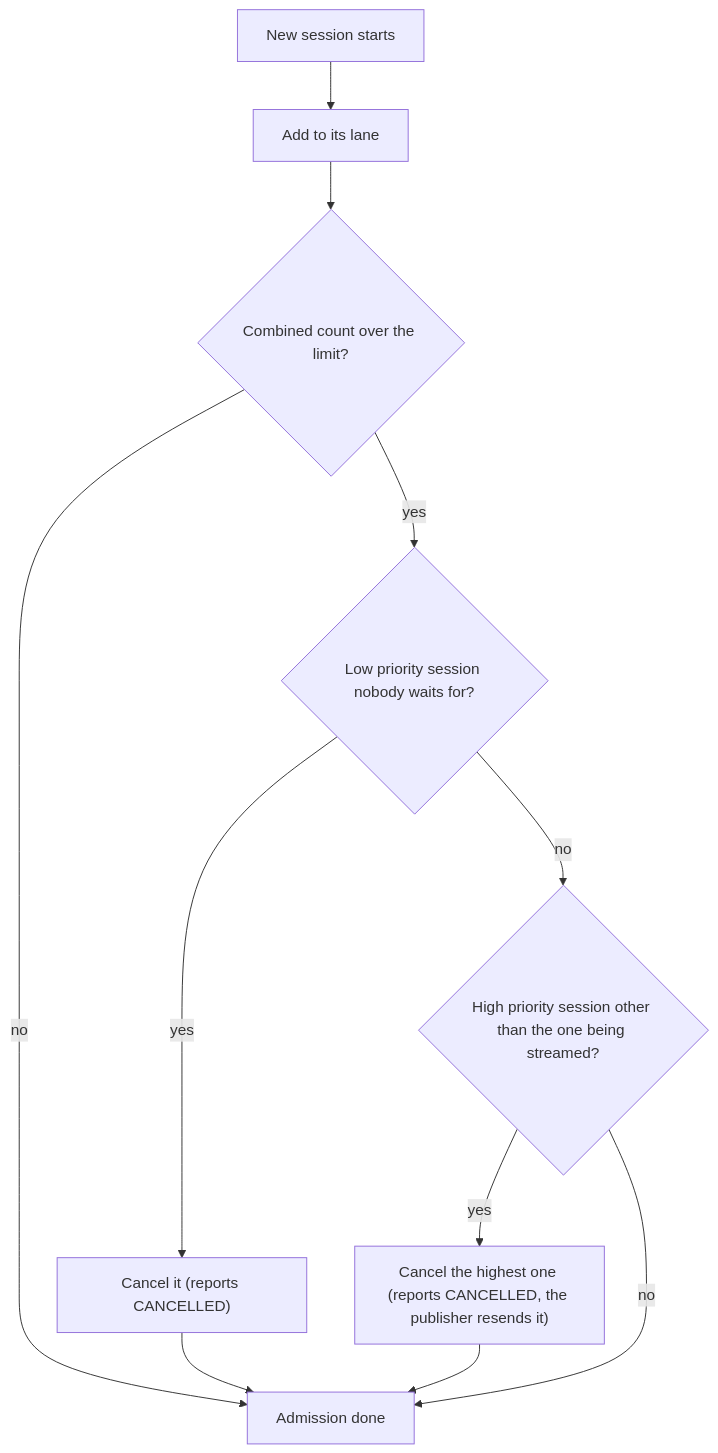
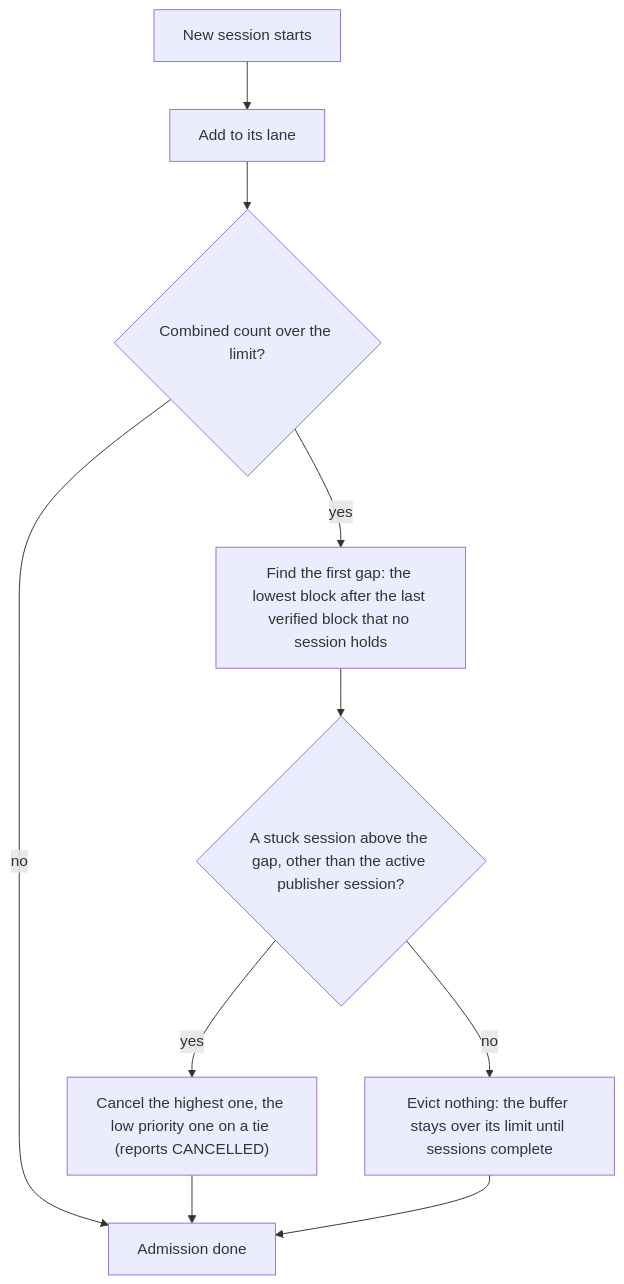
Before and after one commit to hiero-ledger/hiero-block-node: the fifth of 5 diagrams in docs/design/block-verification.md, drawn with Mermaid. The commit also changed other lines of this file and 14 other files, not shown here.

````diff
--- a/docs/design/block-verification.md
+++ b/docs/design/block-verification.md
@@ -430,13 +451,12 @@
 ```mermaid
 flowchart TD
     NS[New session starts] --> ADD[Add to its lane]
     ADD --> FULL{"Combined count over the limit?"}
     FULL -- no --> RUN[Admission done]
-    FULL -- yes --> NP{"Low priority session nobody waits for?"}
-    NP -- yes --> C1["Cancel it (reports CANCELLED)"]
-    NP -- no --> PUB{"High priority session other than the one being streamed?"}
-    PUB -- yes --> C2["Cancel the highest one (reports CANCELLED, the publisher resends it)"]
-    PUB -- no --> RUN
+    FULL -- yes --> GAP["Find the first gap: the lowest block after the last verified block that no session holds"]
+    GAP --> STUCK{"A stuck session above the gap, other than the active publisher session?"}
+    STUCK -- yes --> C1["Cancel the highest one, the low priority one on a tie (reports CANCELLED)"]
+    STUCK -- no --> OVER["Evict nothing: the buffer stays over its limit until sessions complete"]
     C1 --> RUN
-    C2 --> RUN
+    OVER --> RUN
 ```
````
